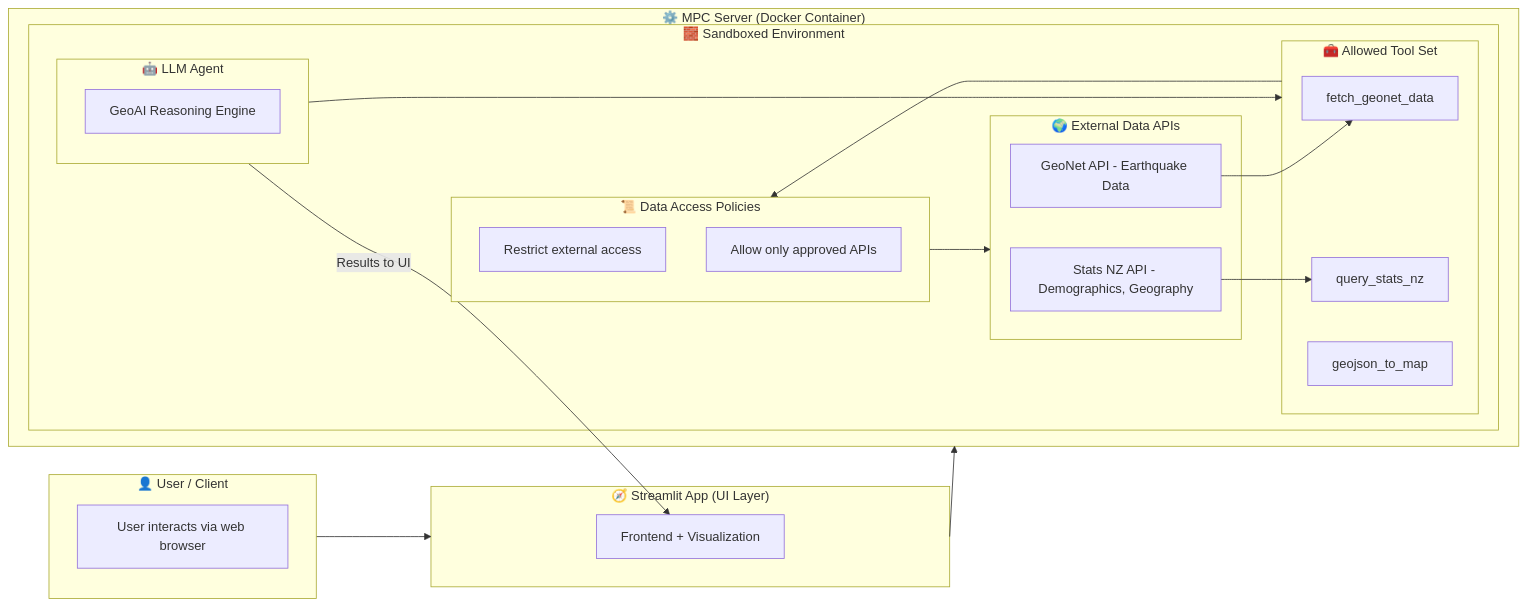
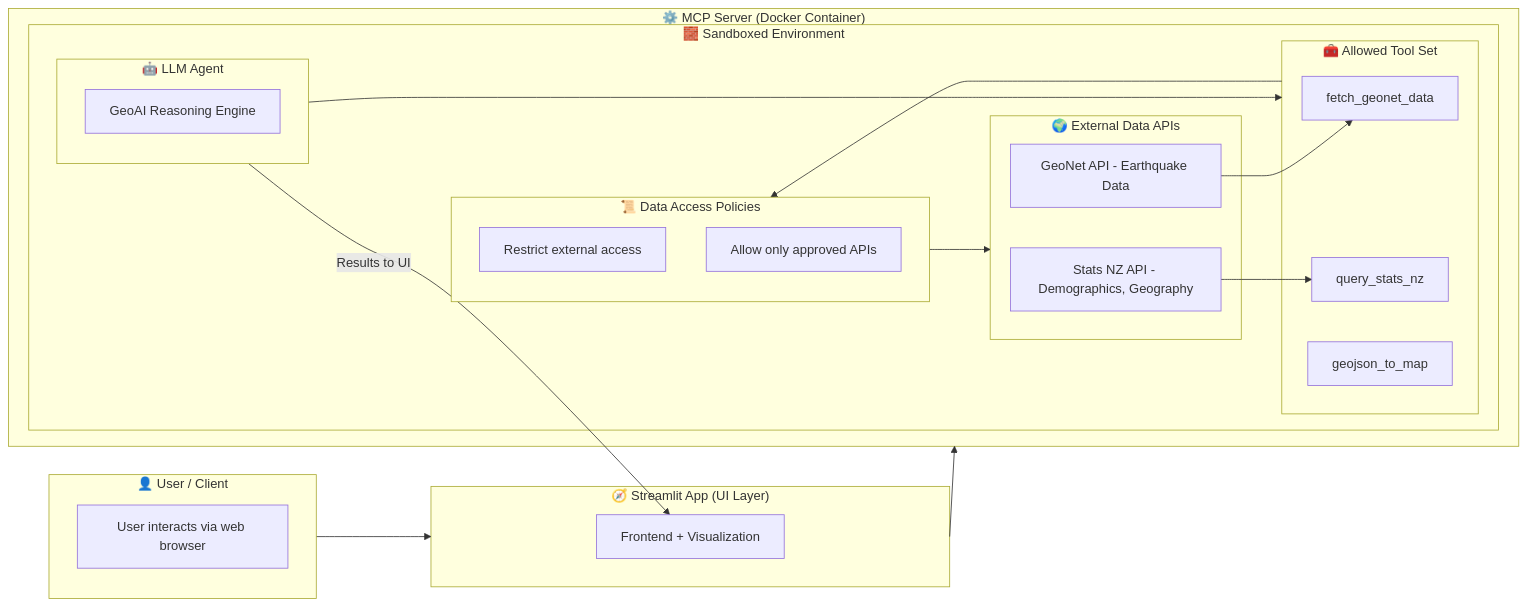
One commit to takashim0101/GeoNet-Realtime-Earthquake-Reporter changed the diagram in README.md. Above: the diagram before and after it, drawn with Mermaid.

Commit message:
Readme archtecture

````diff
--- a/README.md
+++ b/README.md
@@ -286,51 +286,51 @@
 ```mermaid
 flowchart LR
 
 %% =========================
 %%  GEOAI ARCHITECTURE
 %% =========================
 
 subgraph U["👤 User / Client"]
   U1[User interacts via web browser]
 end
 
 subgraph S["🧭 Streamlit App (UI Layer)"]
   S1[Frontend + Visualization]
 end
 
-subgraph M["⚙️ MPC Server (Docker Container)"]
+subgraph M["⚙️ MCP Server (Docker Container)"]
   
   subgraph SB["🧱 Sandboxed Environment"]
     
     subgraph L["🤖 LLM Agent"]
       L1[GeoAI Reasoning Engine]
     end
     
     subgraph T["🧰 Allowed Tool Set"]
       T1[fetch_geonet_data]
       T2[query_stats_nz]
       T3[geojson_to_map]
     end
     
     subgraph P["📜 Data Access Policies"]
       P1[Restrict external access]
       P2[Allow only approved APIs]
     end
 
     subgraph A["🌍 External Data APIs"]
       A1[GeoNet API - Earthquake Data]
       A2[Stats NZ API - Demographics, Geography]
     end
 
     L --> T
     T --> P
     P --> A
     A1 --> T1
     A2 --> T2
   end
   
   L -- "Results to UI" --> S1
 end
 
 U --> S --> M
 ```
````
